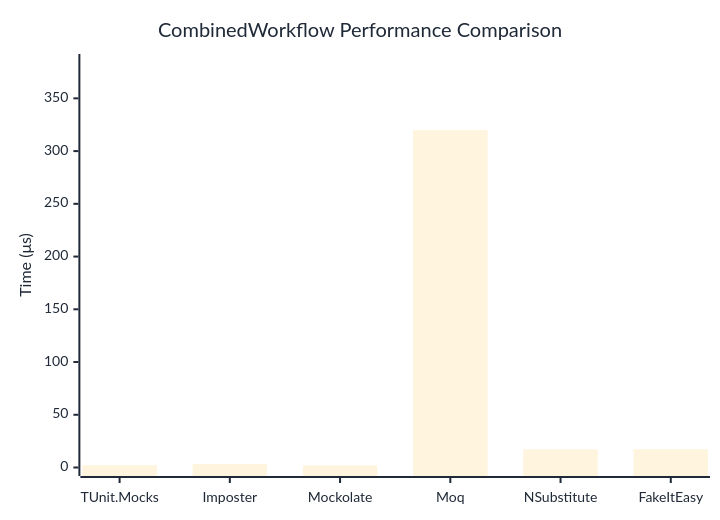
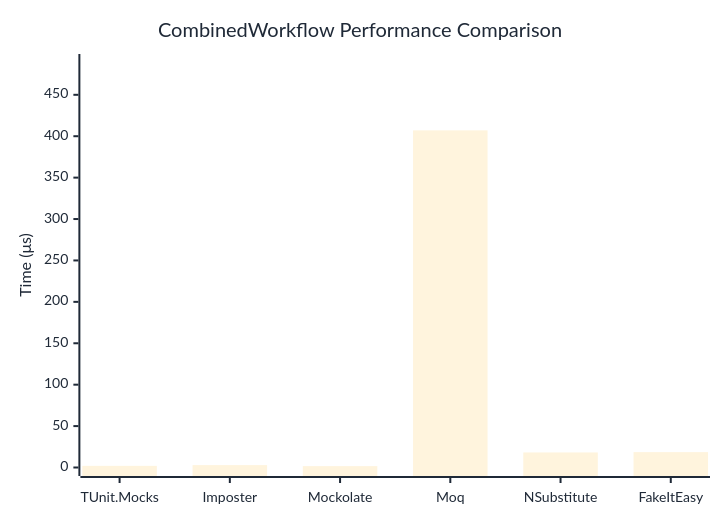
The diagram in docs/docs/benchmarks/mocks/CombinedWorkflow.md (thomhurst/TUnit), drawn with Mermaid before and after one commit. The commit also changed other lines of this file and 14 other files, not shown here.

````diff
--- a/docs/docs/benchmarks/mocks/CombinedWorkflow.md
+++ b/docs/docs/benchmarks/mocks/CombinedWorkflow.md
@@ -30,27 +30,27 @@
 ```mermaid
 %%{init: {
   'theme':'base',
   'themeVariables': {
     'primaryColor': '#2563eb',
     'primaryTextColor': '#1f2937',
     'primaryBorderColor': '#1e40af',
     'lineColor': '#6b7280',
     'secondaryColor': '#7c3aed',
     'tertiaryColor': '#dc2626',
     'background': '#ffffff',
     'pie1': '#2563eb',
     'pie2': '#7c3aed',
     'pie3': '#dc2626',
     'pie4': '#f59e0b',
     'pie5': '#10b981',
     'pie6': '#06b6d4',
     'pie7': '#ec4899',
     'pie8': '#6366f1'
   }
 }}%%
 xychart-beta
   title "CombinedWorkflow Performance Comparison"
   x-axis ["TUnit.Mocks", "Imposter", "Mockolate", "Moq", "NSubstitute", "FakeItEasy"]
-  y-axis "Time (μs)" 0 --> 384
-  bar [2.104, 3.192, 1.975, 319.886, 17.166, 17.316]
+  y-axis "Time (μs)" 0 --> 489
+  bar [1.981, 2.882, 1.66, 407.063, 18.166, 18.546]
 ```
````
